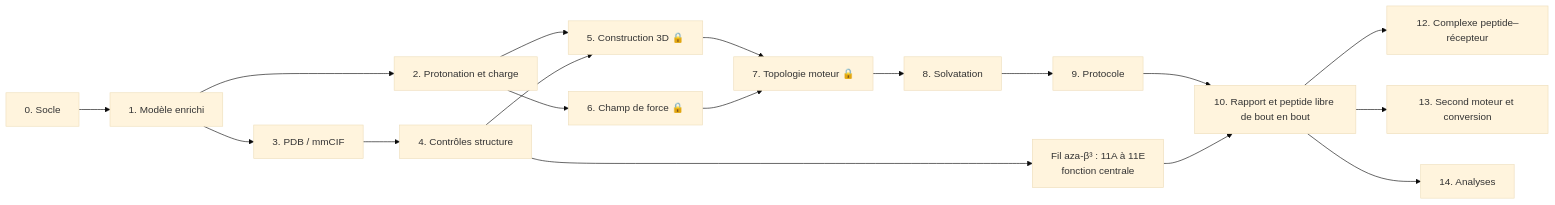
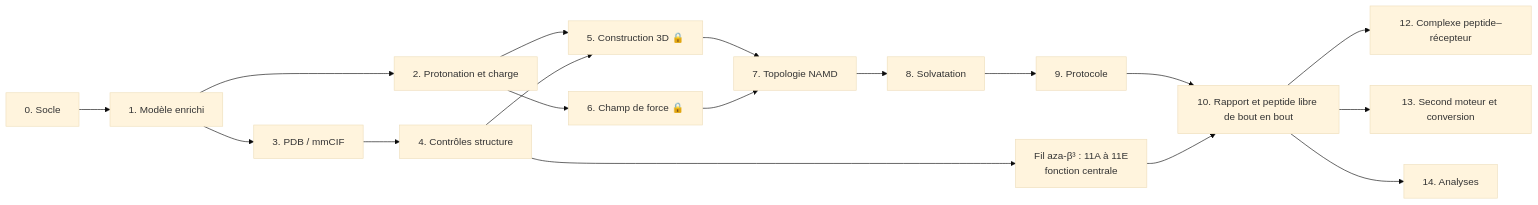
One commit to Hfiras7/Pepforge changed the diagram in docs/PLAN-CONSTRUCTION.md. Above: the diagram before and after it, drawn with Mermaid (base theme). The commit also changed other lines of this file and 2 other files, not shown here.

````diff
--- a/docs/PLAN-CONSTRUCTION.md
+++ b/docs/PLAN-CONSTRUCTION.md
@@ -20,18 +20,18 @@
 ```mermaid
 flowchart LR
     E0[0. Socle] --> E1[1. Modèle enrichi]
     E1 --> E2[2. Protonation et charge]
     E1 --> E3[3. PDB / mmCIF]
     E3 --> E4[4. Contrôles structure]
     E2 & E4 --> E5["5. Construction 3D 🔒"]
     E2 --> E6["6. Champ de force 🔒"]
-    E5 & E6 --> E7["7. Topologie moteur 🔒"]
+    E5 & E6 --> E7["7. Topologie NAMD"]
     E7 --> E8[8. Solvatation]
     E8 --> E9[9. Protocole]
     E9 --> E10[10. Rapport et peptide libre de bout en bout]
     E4 --> E11["Fil aza-β³ : 11A à 11E<br/>fonction centrale"]
     E11 --> E10
     E10 --> E12[12. Complexe peptide–récepteur]
     E10 --> E13[13. Second moteur et conversion]
     E10 --> E14[14. Analyses]
 ```
````
